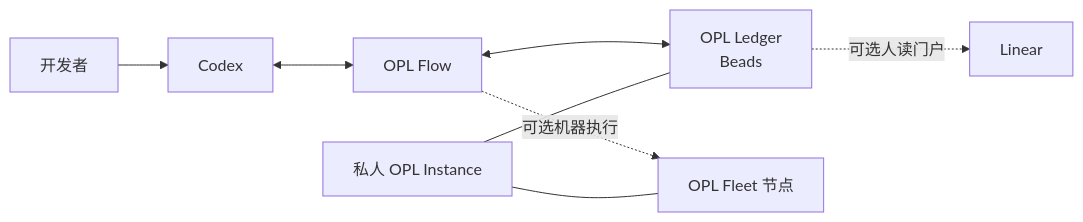
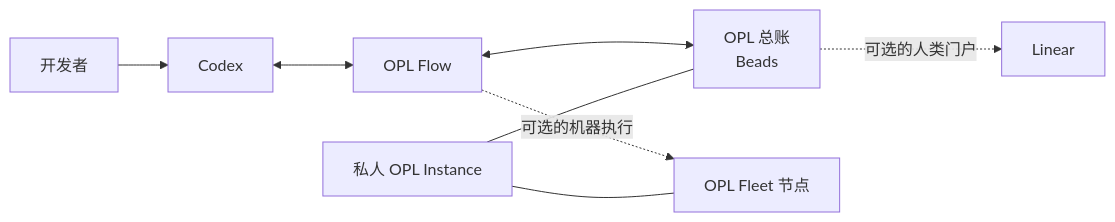
The diagram in README.zh-CN.md (gaofeng21cn/opl-flow), drawn with Mermaid before and after one commit. The commit also changed other lines of this file and 2 other files, not shown here.

Commit message:
docs: clarify Flow skills and Chinese workflow guide

````diff
--- a/README.zh-CN.md
+++ b/README.zh-CN.md
@@ -57,10 +41,10 @@
 ```mermaid
 flowchart LR
     U[开发者] --> C[Codex]
     C <--> F[OPL Flow]
-    F <--> B[OPL Ledger<br/>Beads]
-    B -. 可选人读门户 .-> L[Linear]
-    F -. 可选机器执行 .-> N[OPL Fleet 节点]
+    F <--> B[OPL 总账<br/>Beads]
+    B -. 可选的人类门户 .-> L[Linear]
+    F -. 可选的机器执行 .-> N[OPL Fleet 节点]
     I[私人 OPL Instance] --- B
     I --- N
 ```
````
